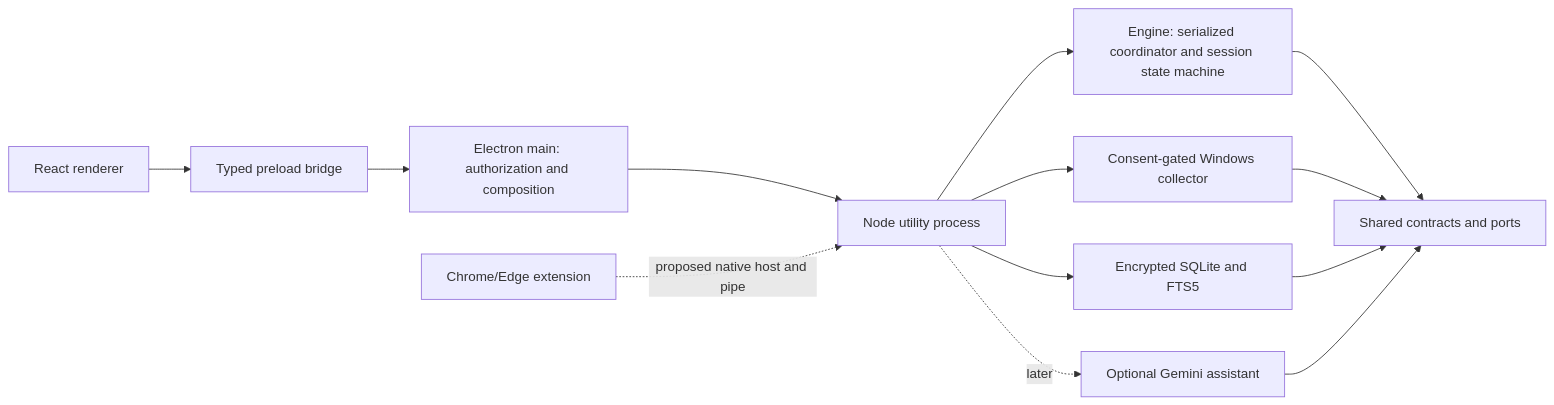
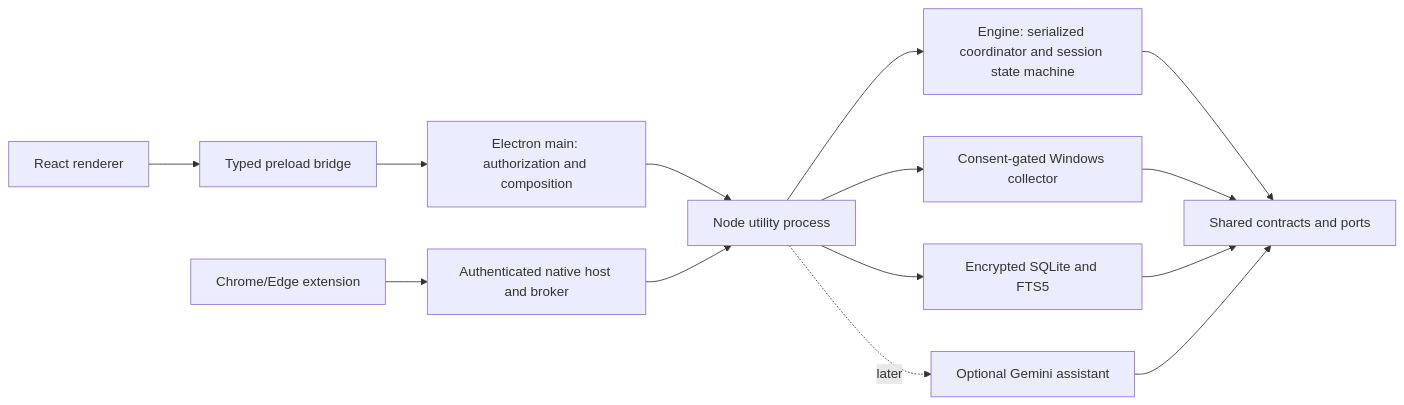
Before and after one commit to abdu3061/Rewind: the first of 3 diagrams in docs/architecture.md, drawn with Mermaid. The commit also changed other lines of this file and 45 other files, not shown here.

Commit message:
feat(browser): integrate desktop setup and verified recording flows

````diff
--- a/docs/architecture.md
+++ b/docs/architecture.md
@@ -17,15 +19,16 @@
 ```mermaid
 flowchart LR
   R[React renderer] --> P[Typed preload bridge]
   P --> M[Electron main: authorization and composition]
   M --> U[Node utility process]
   U --> E[Engine: serialized coordinator and session state machine]
   U --> C[Consent-gated Windows collector]
   U --> S[Encrypted SQLite and FTS5]
   U -. later .-> A[Optional Gemini assistant]
   E --> K[Shared contracts and ports]
   C --> K
   S --> K
   A --> K
-  B[Chrome/Edge extension] -. proposed native host and pipe .-> U
+  B[Chrome/Edge extension] --> H[Authenticated native host and broker]
+  H --> U
 ```
````
